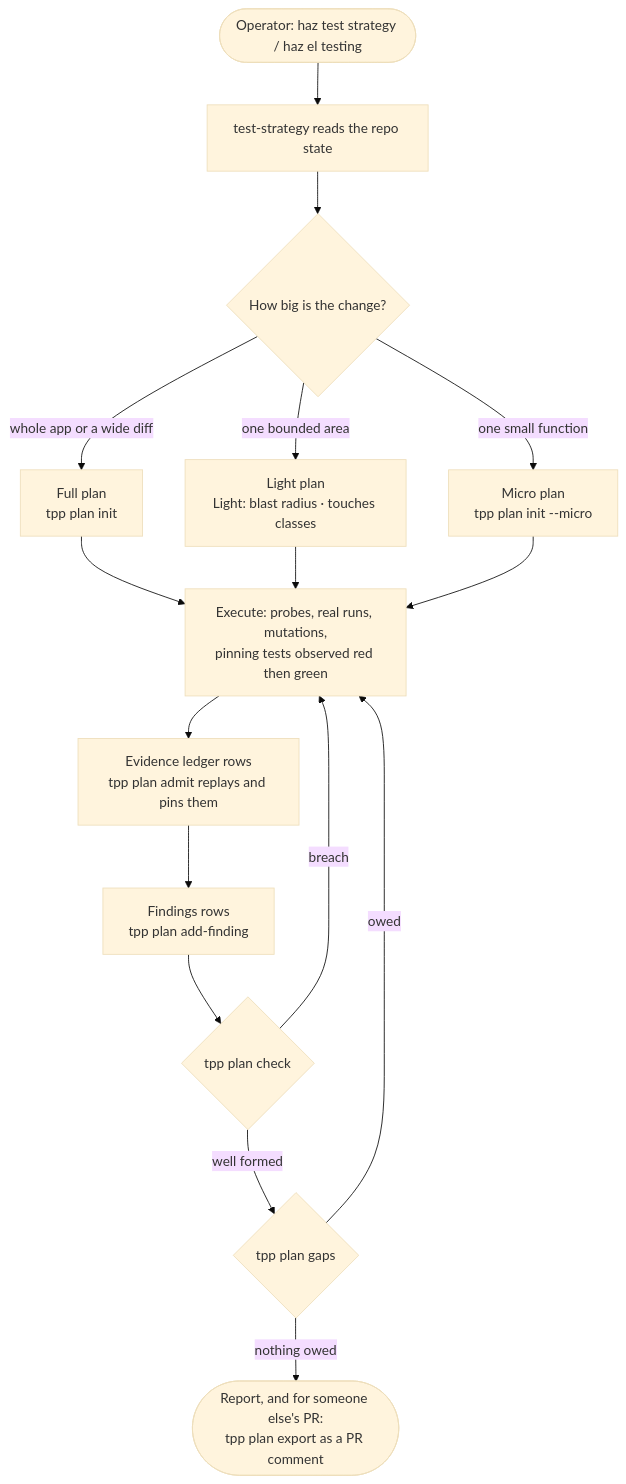
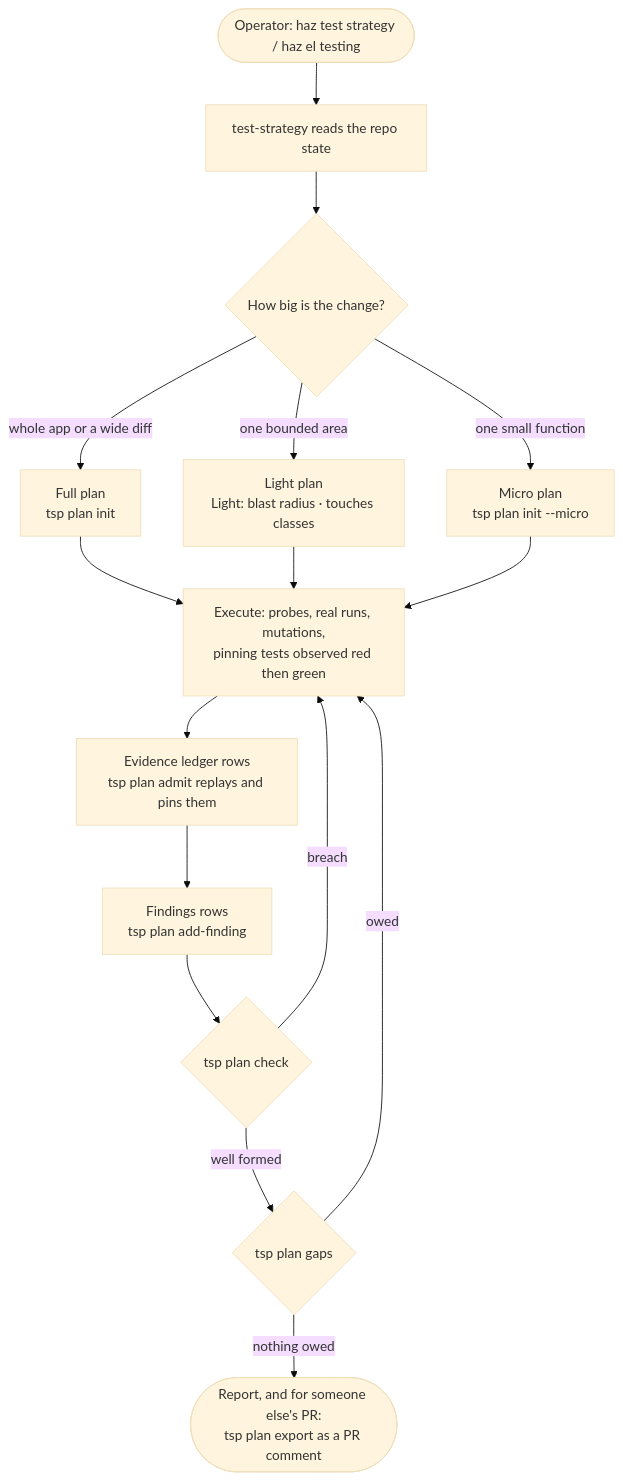
One commit to alesierraalta/tpp changed the third of 4 diagrams in README.md. Above: the diagram before and after it, drawn with Mermaid (base theme). The commit also changed other lines of this file and 4 other files, not shown here.

Commit message:
docs(tsp): align current guidance and preserve TPP bridge requirements

````diff
--- a/README.md
+++ b/README.md
@@ -93,18 +93,18 @@
 ```mermaid
 flowchart TD
     ask([Operator: haz test strategy / haz el testing]) --> strategy[test-strategy reads the repo state]
     strategy --> size{How big is the change?}
-    size -- "whole app or a wide diff" --> full[Full plan<br/>tpp plan init]
+    size -- "whole app or a wide diff" --> full[Full plan<br/>tsp plan init]
     size -- "one bounded area" --> light[Light plan<br/>Light: blast radius · touches classes]
-    size -- "one small function" --> micro[Micro plan<br/>tpp plan init --micro]
+    size -- "one small function" --> micro[Micro plan<br/>tsp plan init --micro]
     full --> execute
     light --> execute
     micro --> execute
-    execute[Execute: probes, real runs, mutations,<br/>pinning tests observed red then green] --> ledger[Evidence ledger rows<br/>tpp plan admit replays and pins them]
-    ledger --> findings[Findings rows<br/>tpp plan add-finding]
-    findings --> check{tpp plan check}
+    execute[Execute: probes, real runs, mutations,<br/>pinning tests observed red then green] --> ledger[Evidence ledger rows<br/>tsp plan admit replays and pins them]
+    ledger --> findings[Findings rows<br/>tsp plan add-finding]
+    findings --> check{tsp plan check}
     check -- breach --> execute
-    check -- well formed --> gaps{tpp plan gaps}
+    check -- well formed --> gaps{tsp plan gaps}
     gaps -- owed --> execute
-    gaps -- nothing owed --> close([Report, and for someone else's PR:<br/>tpp plan export as a PR comment])
+    gaps -- nothing owed --> close([Report, and for someone else's PR:<br/>tsp plan export as a PR comment])
 ```
````
